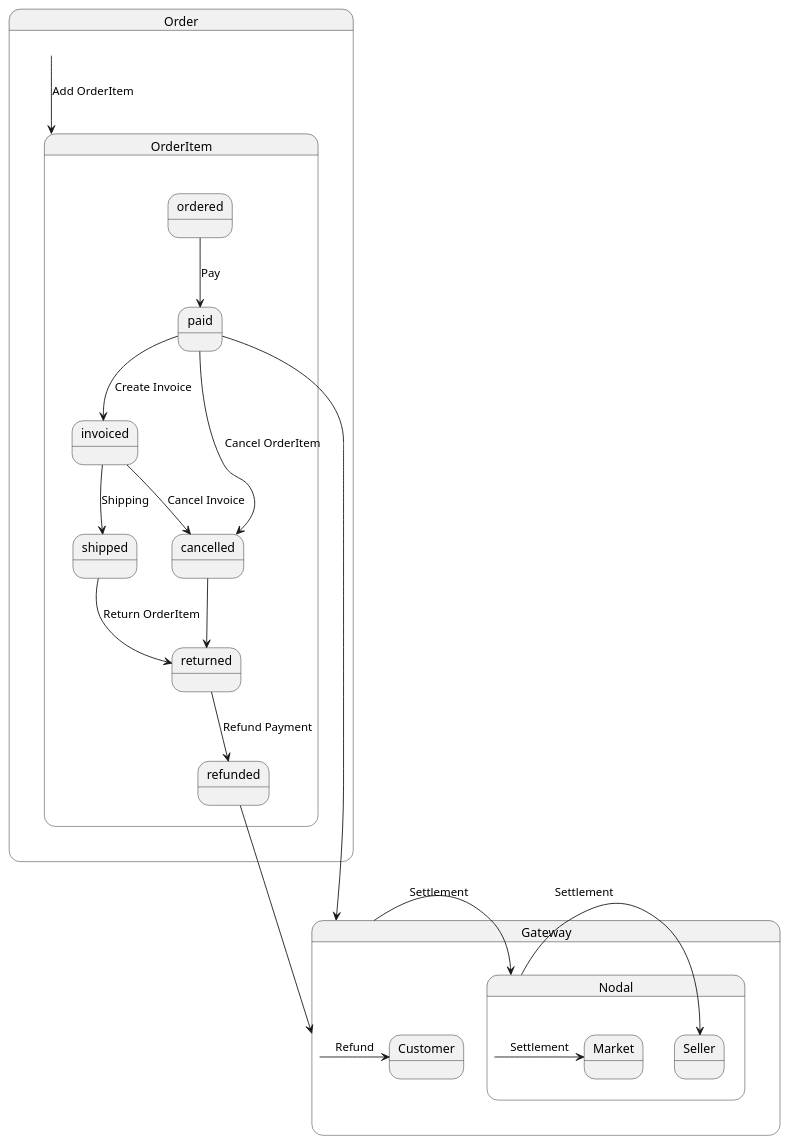
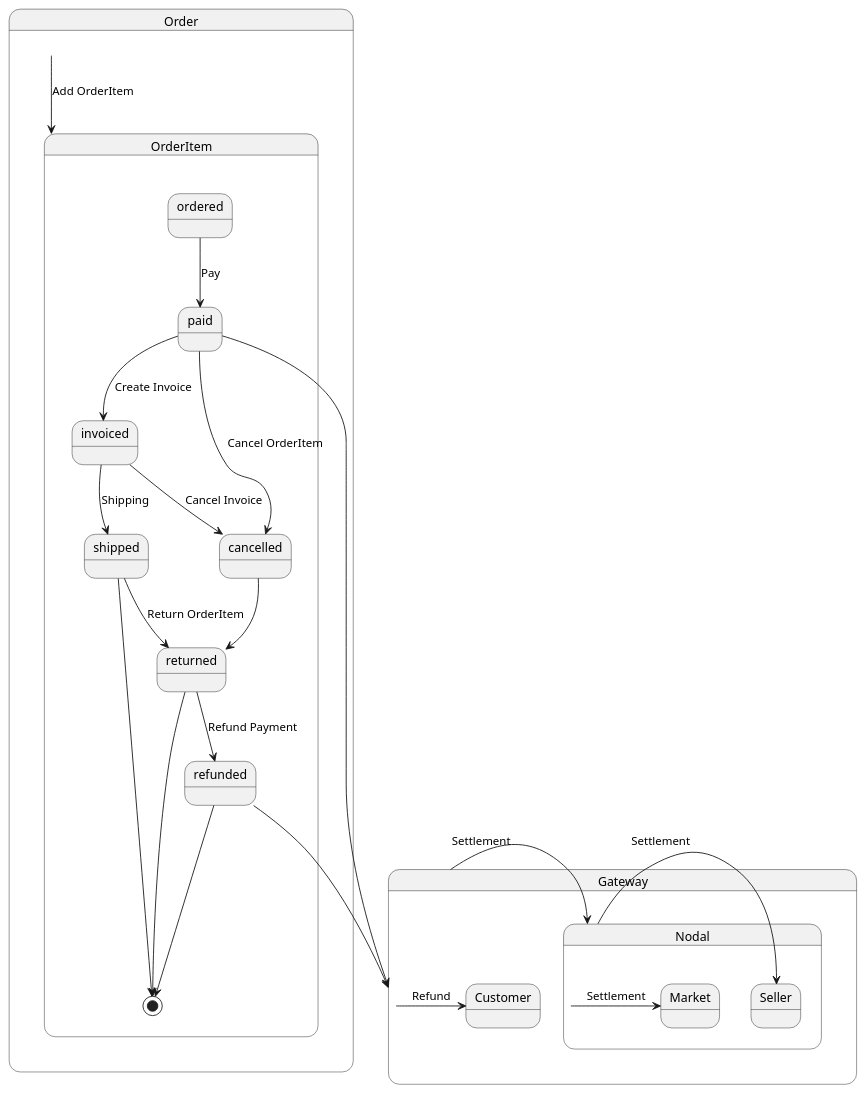
The diagram in docs/v1/flow.puml (opsway/nodal), drawn with PlantUML before and after one commit.

Commit message:
docs fix statuses

```diff
--- a/docs/v1/flow.puml
+++ b/docs/v1/flow.puml
@@ -1,38 +1,41 @@
 @startuml
 
 skinparam shadowing false
 
 state Gateway {
   Gateway -> Customer: Refund
   Gateway -> Nodal: Settlement
 
 }
 
 state Nodal {
   Nodal -> Seller: Settlement
   Nodal -> Market: Settlement
 }
 
 state Seller {
 }
 
 state Market {
 }
 
 state Order {
   Order --> OrderItem: Add OrderItem
 }
 
 state OrderItem {
   ordered --> paid: Pay
   paid --> invoiced: Create Invoice
   paid --> cancelled: Cancel OrderItem
   invoiced --> cancelled: Cancel Invoice
   invoiced --> shipped: Shipping
   shipped --> returned: Return OrderItem
   returned --> refunded: Refund Payment
   refunded --> Gateway
   cancelled --> returned
   paid --> Gateway
+  shipped --> [*]
+  returned --> [*]
+  refunded --> [*]
 }
 @enduml
```
